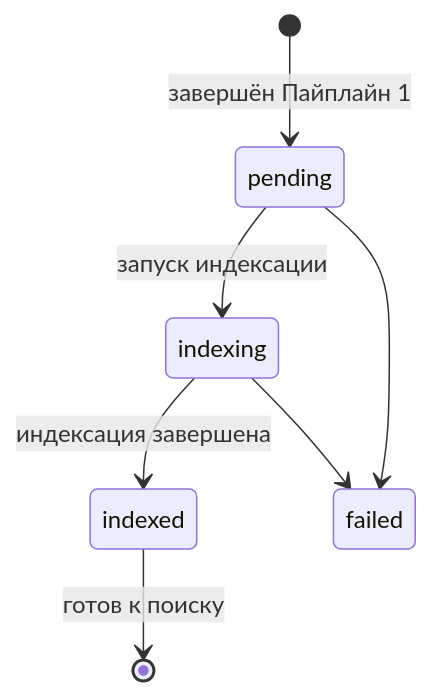
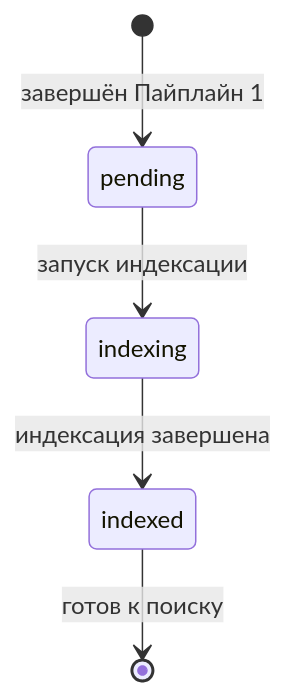
Before and after one commit to MasterKSAF/PKB: the third of 10 diagrams in docs/pipelines/overview.md, drawn with Mermaid. The commit also changed other lines of this file, not shown here.

````diff
--- a/docs/pipelines/overview.md
+++ b/docs/pipelines/overview.md
@@ -83,10 +92,7 @@
 ```mermaid
 stateDiagram-v2
     [*] --> pending : завершён Пайплайн 1
     pending --> indexing : запуск индексации
     indexing --> indexed : индексация завершена
     indexed --> [*] : готов к поиску
-    
-    pending --> failed
-    indexing --> failed
 ```
````
